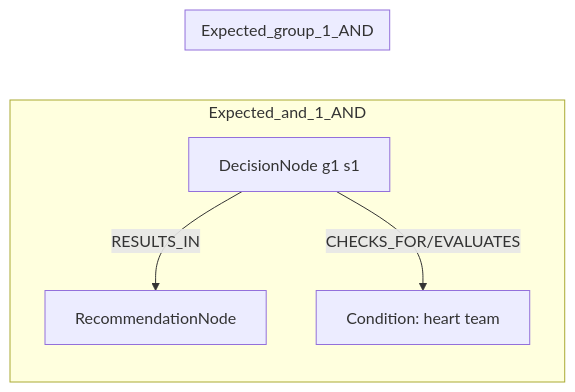
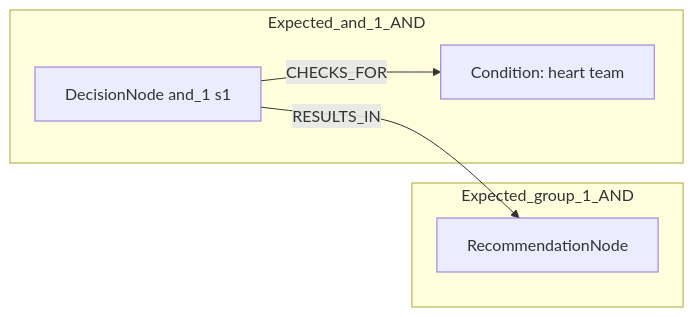
One commit to dieterich-lab/CardioGuidelinesGraph changed the first of 2 diagrams in docs/table22_rows/row_05.md. Above: the diagram before and after it, drawn with Mermaid. The commit also changed other lines of this file and 18 other files, not shown here.

Commit message:
Update mermaid diagrams.

````diff
--- a/docs/table22_rows/row_05.md
+++ b/docs/table22_rows/row_05.md
@@ -94,14 +94,13 @@
 ```mermaid
 graph LR
+  REC[RecommendationNode]
   subgraph Expected_and_1_AND
-    REC[RecommendationNode]
-    D1[DecisionNode g1 s1]
-    C1[Condition: heart team]
-    D1 -->|CHECKS_FOR/EVALUATES| C1
-    D1 -->|RESULTS_IN| REC
+    D_and_1_1[DecisionNode and_1 s1]
+    C_and_1_1[Condition: heart team]
+    D_and_1_1 -->|CHECKS_FOR| C_and_1_1
   end
   subgraph Expected_group_1_AND
-    REC[RecommendationNode]
     REC
   end
+  D_and_1_1 -->|RESULTS_IN| REC
 ```
````
